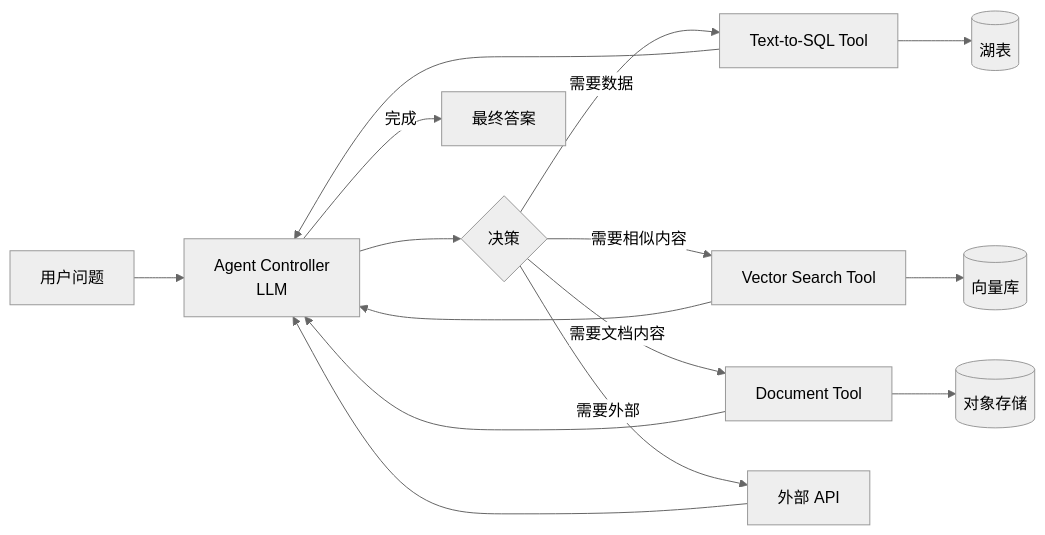
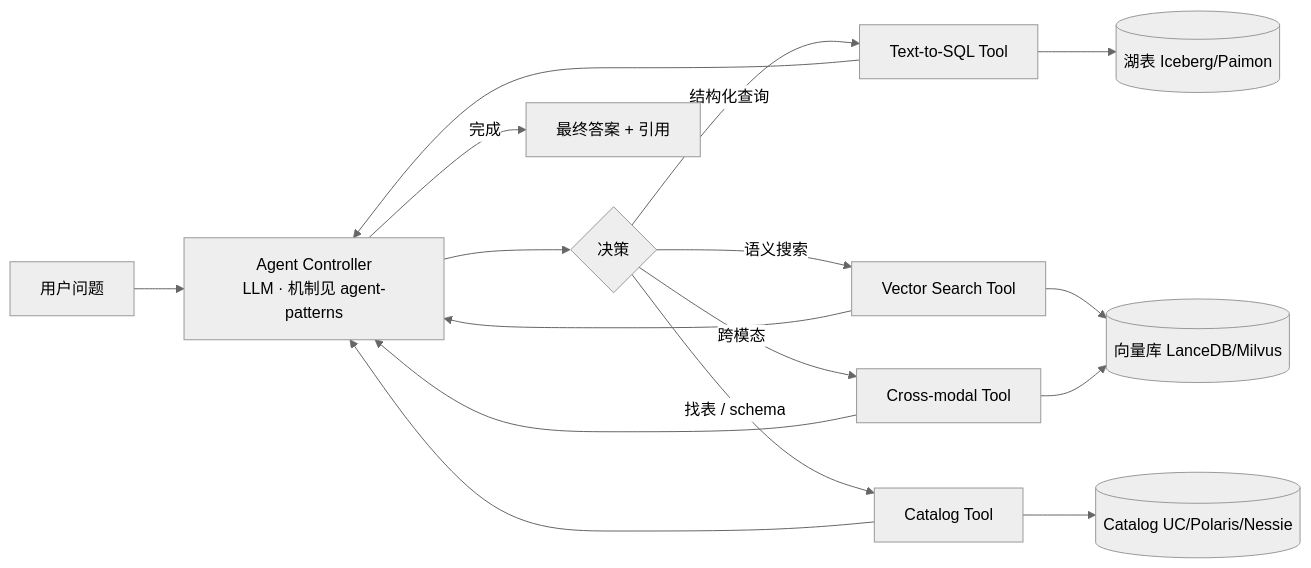
One commit to wangyong9999/lakehouse-wiki changed the diagram in docs/ai-workloads/agents-on-lakehouse.md. Above: the diagram before and after it, drawn with Mermaid (neutral theme). The commit also changed other lines of this file, not shown here.

````diff
--- a/docs/ai-workloads/agents-on-lakehouse.md
+++ b/docs/ai-workloads/agents-on-lakehouse.md
@@ -26,17 +34,15 @@
 ```mermaid
 flowchart LR
-  user[用户问题] --> agent[Agent Controller<br/>LLM]
+  user[用户问题] --> agent[Agent Controller<br/>LLM · 机制见 agent-patterns]
   agent --> plan{决策}
-  plan -->|需要数据| sql[Text-to-SQL Tool]
-  plan -->|需要相似内容| vec[Vector Search Tool]
-  plan -->|需要文档内容| doc[Document Tool]
-  plan -->|需要外部| ext[外部 API]
-  sql --> lake[(湖表)]
-  vec --> vdb[(向量库)]
-  doc --> obj[(对象存储)]
-  sql --> agent
-  vec --> agent
-  doc --> agent
-  ext --> agent
-  agent -->|完成| ans[最终答案]
+  plan -->|结构化查询| sql[Text-to-SQL Tool]
+  plan -->|语义搜索| vec[Vector Search Tool]
+  plan -->|找表 / schema| cat[Catalog Tool]
+  plan -->|跨模态| cross[Cross-modal Tool]
+  sql --> lake[(湖表 Iceberg/Paimon)]
+  vec --> vdb[(向量库 LanceDB/Milvus)]
+  cat --> reg[(Catalog UC/Polaris/Nessie)]
+  cross --> vdb
+  sql & vec & cat & cross --> agent
+  agent -->|完成| ans[最终答案 + 引用]
 ```
````
